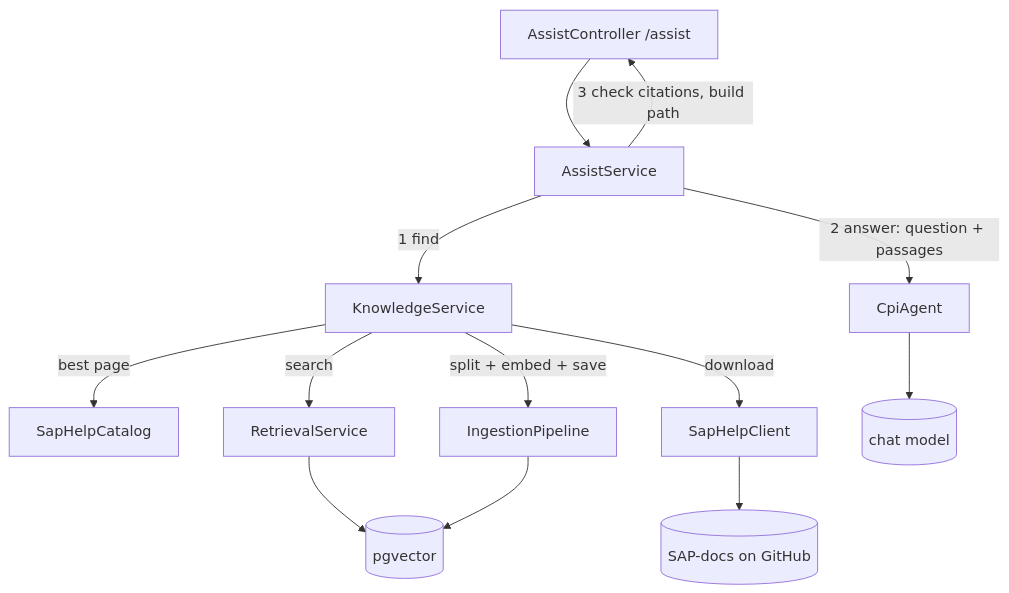
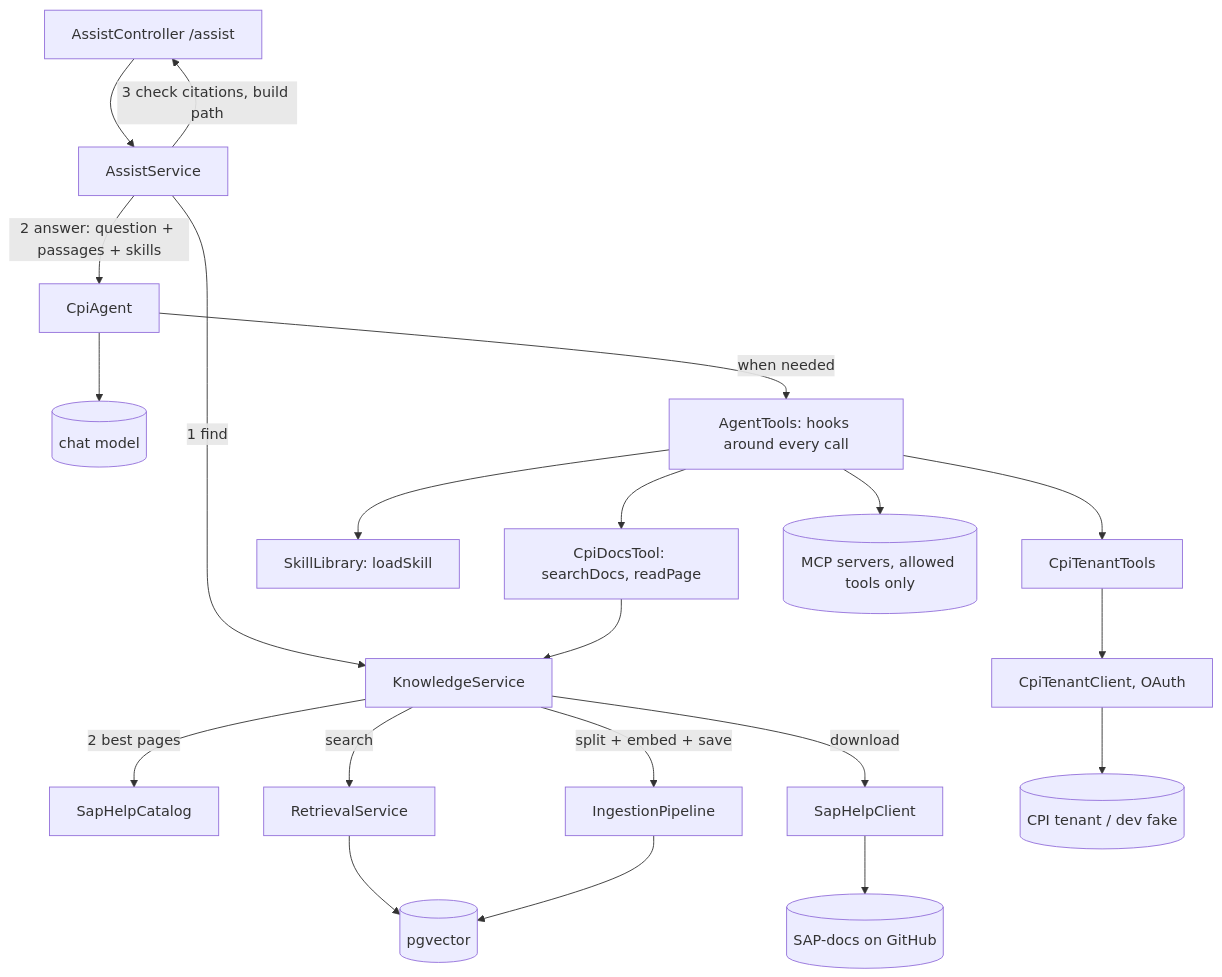
Before and after one commit to hhovhann/cpi-assistant: the diagram in docs/ARCHITECTURE.md, drawn with Mermaid. The commit also changed other lines of this file and 37 other files, not shown here.

````diff
--- a/docs/ARCHITECTURE.md
+++ b/docs/ARCHITECTURE.md
@@ -27,11 +36,16 @@
 ```mermaid
 flowchart TB
     AC[AssistController /assist] --> AS[AssistService]
     AS -->|1 find| KS[KnowledgeService]
-    KS -->|best page| CAT[SapHelpCatalog]
+    KS -->|2 best pages| CAT[SapHelpCatalog]
     KS -->|search| RS[RetrievalService] --> ST[(pgvector)]
     KS -->|download| CL[SapHelpClient] --> GH[(SAP-docs on GitHub)]
     KS -->|split + embed + save| IP[IngestionPipeline] --> ST
-    AS -->|2 answer: question + passages| AG[CpiAgent] --> LLM[(chat model)]
+    AS -->|2 answer: question + passages + skills| AG[CpiAgent] --> LLM[(chat model)]
+    AG -->|when needed| TOOLS[AgentTools: hooks around every call]
+    TOOLS --> DT[CpiDocsTool: searchDocs, readPage] --> KS
+    TOOLS --> SK[SkillLibrary: loadSkill]
+    TOOLS --> TT[CpiTenantTools] --> TC[CpiTenantClient, OAuth] --> TEN[(CPI tenant / dev fake)]
+    TOOLS --> MCP[(MCP servers, allowed tools only)]
     AS -->|3 check citations, build path| AC
 ```
````
